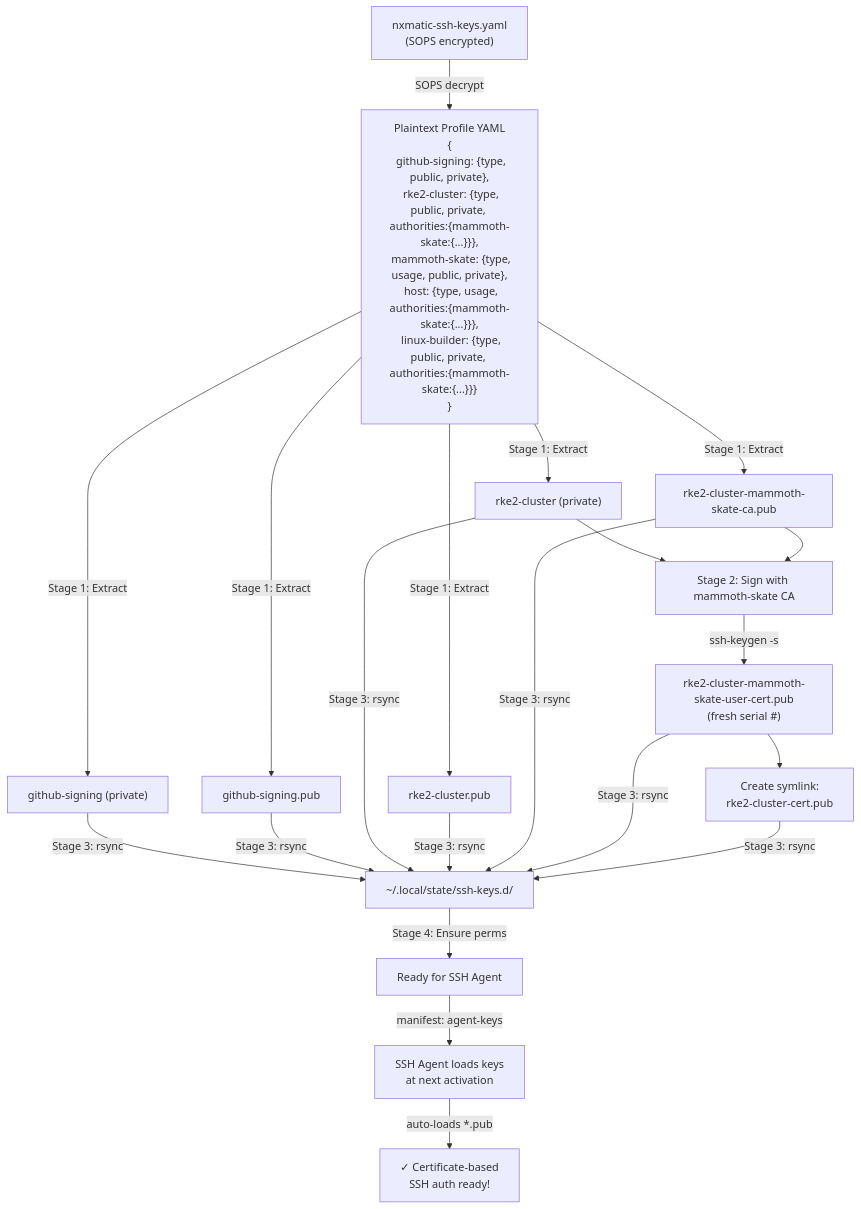
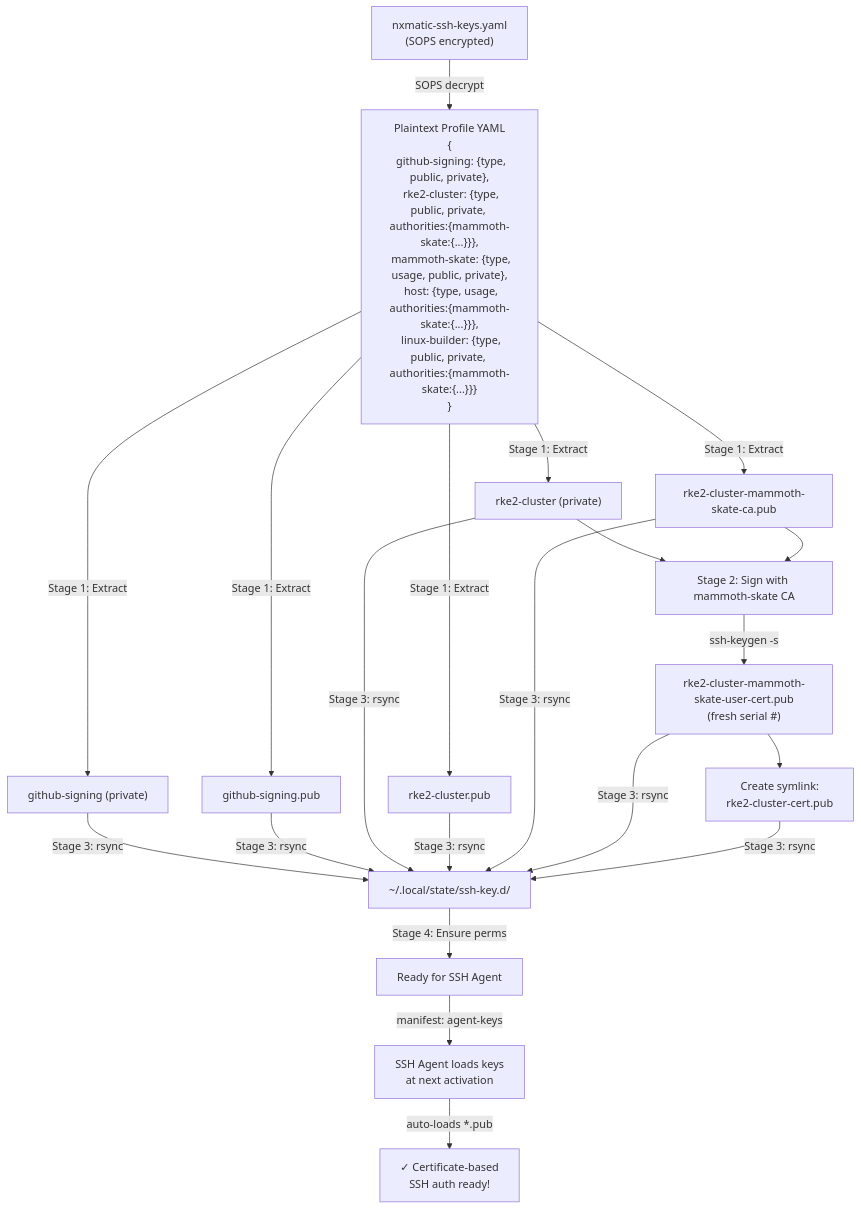
Before and after one commit to seedmatic/ndh: the third of 7 diagrams in docs/ssh-keys-diagrams.adoc, drawn with Mermaid. The commit also changed other lines of this file and 4 other files, not shown here.

First line of the commit message:
refactor: update remaining ssh-keys.d references to ssh-key.d

```diff
--- a/docs/ssh-keys-diagrams.adoc
+++ b/docs/ssh-keys-diagrams.adoc
@@ -98,27 +98,27 @@
 [mermaid]
 ----
 graph TD
     A["nxmatic-ssh-keys.yaml<br/>(SOPS encrypted)"]
     
     A -->|SOPS decrypt| B["Plaintext Profile YAML<br/>{<br/>  github-signing: {type, public, private},<br/>  rke2-cluster: {type, public, private, authorities:{mammoth-skate:{...}}},<br/>  mammoth-skate: {type, usage, public, private},<br/>  host: {type, usage, authorities:{mammoth-skate:{...}}},<br/>  linux-builder: {type, public, private, authorities:{mammoth-skate:{...}}}<br/>}"]
     
     B -->|Stage 1: Extract| C1["github-signing (private)"]
     B -->|Stage 1: Extract| C2["github-signing.pub"]
     B -->|Stage 1: Extract| C3["rke2-cluster (private)"]
     B -->|Stage 1: Extract| C4["rke2-cluster.pub"]
     B -->|Stage 1: Extract| C5["rke2-cluster-mammoth-skate-ca.pub"]
     
     C3 --> D1["Stage 2: Sign with mammoth-skate CA"]
     C5 --> D1
     D1 -->|ssh-keygen -s| D2["rke2-cluster-mammoth-skate-user-cert.pub<br/>(fresh serial #)"]
     
     D2 --> D3["Create symlink:<br/>rke2-cluster-cert.pub"]
     
-    C1 & C2 & C3 & C4 & C5 & D2 & D3 -->|Stage 3: rsync| E["~/.local/state/ssh-keys.d/"]
+    C1 & C2 & C3 & C4 & C5 & D2 & D3 -->|Stage 3: rsync| E["~/.local/state/ssh-key.d/"]
     
     E -->|Stage 4: Ensure perms| F["Ready for SSH Agent"]
     
     F -->|manifest: agent-keys| G["SSH Agent loads keys<br/>at next activation"]
     
     G -->|auto-loads *.pub| H["✓ Certificate-based<br/>SSH auth ready!"]
 ----
```
